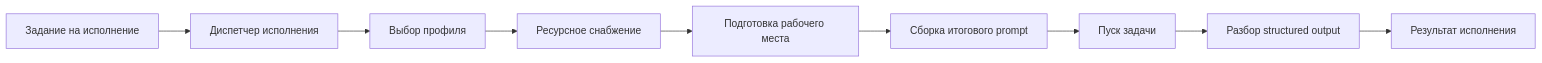
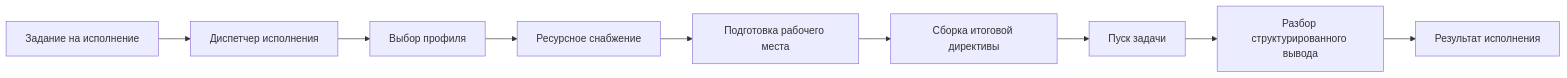
The first of 3 diagrams in docs/contours/execution/ALGORITHM.md (rasungatullin/progress), drawn with Mermaid before and after one commit. The commit also changed other lines of this file and 5 other files, not shown here.

````diff
--- a/docs/contours/execution/ALGORITHM.md
+++ b/docs/contours/execution/ALGORITHM.md
@@ -24,21 +24,21 @@
 ```mermaid
 flowchart LR
     A[Задание на исполнение]
     B[Диспетчер исполнения]
     C[Выбор профиля]
     D[Ресурсное снабжение]
     E[Подготовка рабочего места]
-    F[Сборка итогового prompt]
+    F[Сборка итоговой директивы]
     G[Пуск задачи]
-    H[Разбор structured output]
+    H[Разбор структурированного вывода]
     I[Результат исполнения]
 
     A --> B
     B --> C
     C --> D
     D --> E
     E --> F
     F --> G
     G --> H
     H --> I
 ```
````
